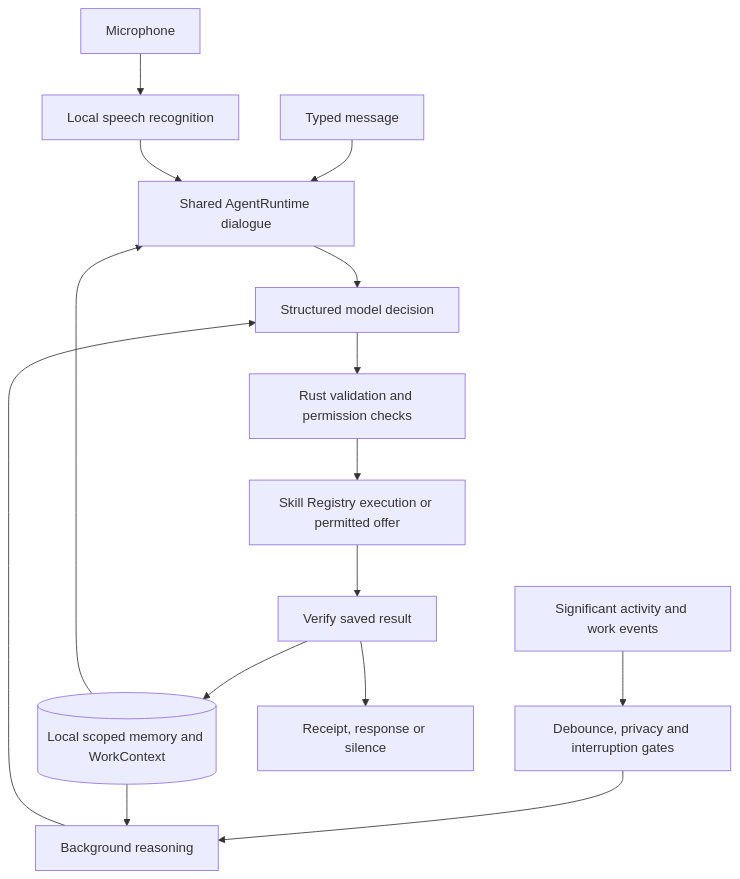
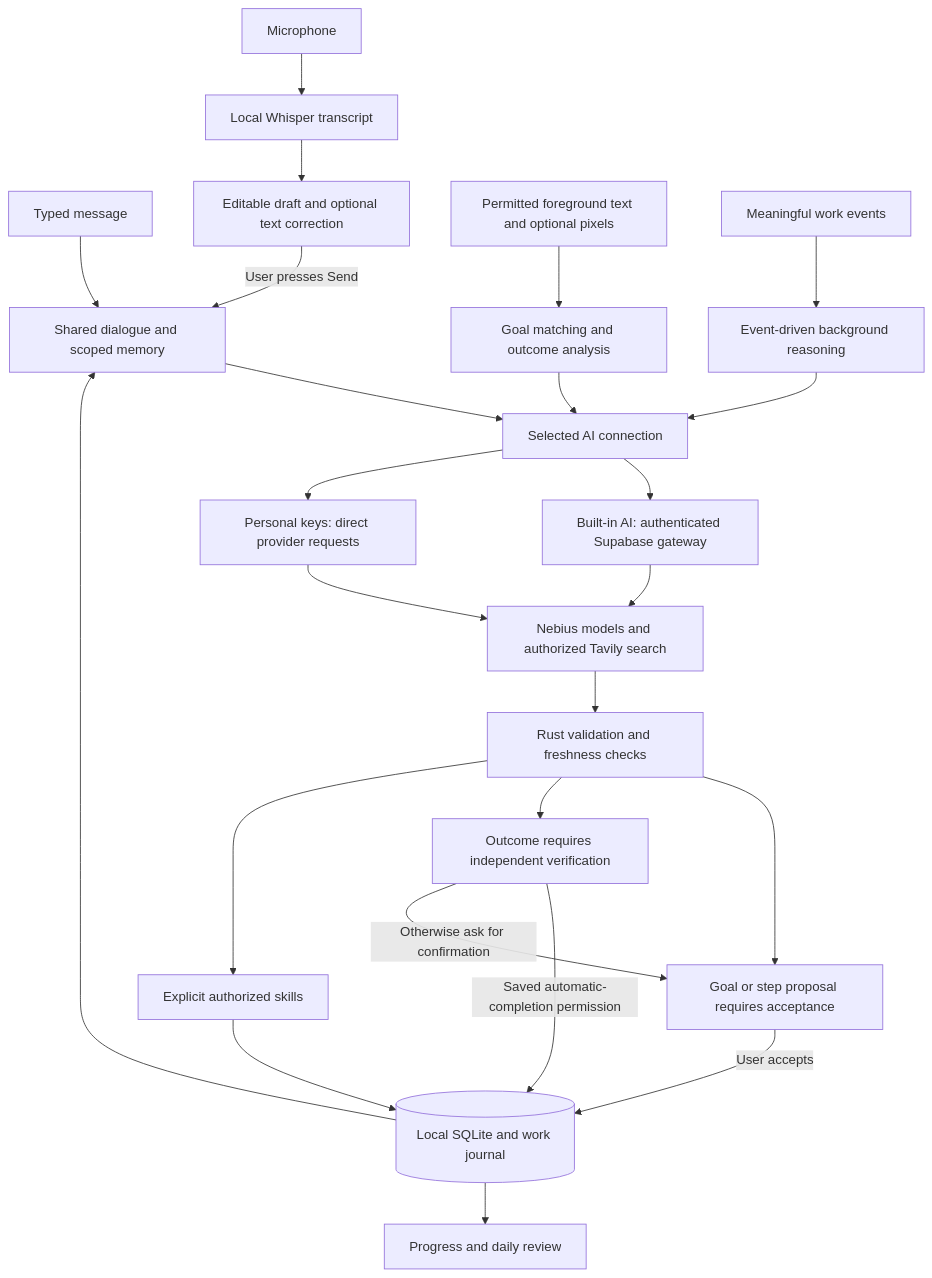
The diagram in README.md (ArtmarketVM/desktop_buddy), drawn with Mermaid before and after one commit. The commit also changed other lines of this file and 67 other files, not shown here.

Commit message:
docs: align project guides and diagrams with sumi 0.49.4

````diff
--- a/README.md
+++ b/README.md
@@ -61,17 +61,26 @@
 ```mermaid
 flowchart TD
-    Text[Typed message] --> Dialogue[Shared AgentRuntime dialogue]
-    Voice[Microphone] --> STT[Local speech recognition]
-    STT --> Dialogue
-    Events[Significant activity and work events] --> Gates[Debounce, privacy and interruption gates]
-    Gates --> Background[Background reasoning]
-    Memory[(Local scoped memory and WorkContext)] --> Dialogue
-    Memory --> Background
-    Dialogue --> Plan[Structured model decision]
-    Background --> Plan
-    Plan --> Validate[Rust validation and permission checks]
-    Validate --> Skills[Skill Registry execution or permitted offer]
-    Skills --> Verify[Verify saved result]
-    Verify --> Memory
-    Verify --> Reply[Receipt, response or silence]
+    Typed[Typed message] --> Dialogue[Shared dialogue and scoped memory]
+    Mic[Microphone] --> Whisper[Local Whisper transcript]
+    Whisper --> Draft[Editable draft and optional text correction]
+    Draft -->|User presses Send| Dialogue
+    Screen[Permitted foreground text and optional pixels] --> Observe[Goal matching and outcome analysis]
+    Events[Meaningful work events] --> Runtime[Event-driven background reasoning]
+    Dialogue --> Connection[Selected AI connection]
+    Observe --> Connection
+    Runtime --> Connection
+    Connection --> Gateway[Built-in AI: authenticated Supabase gateway]
+    Connection --> Personal[Personal keys: direct provider requests]
+    Gateway --> Providers[Nebius models and authorized Tavily search]
+    Personal --> Providers
+    Providers --> Validate[Rust validation and freshness checks]
+    Validate --> Offers[Goal or step proposal requires acceptance]
+    Validate --> Verify[Outcome requires independent verification]
+    Validate --> Skills[Explicit authorized skills]
+    Offers -->|User accepts| DB[(Local SQLite and work journal)]
+    Verify -->|Saved automatic-completion permission| DB
+    Verify -->|Otherwise ask for confirmation| Offers
+    Skills --> DB
+    DB --> Progress[Progress and daily review]
+    DB --> Dialogue
 ```
````
